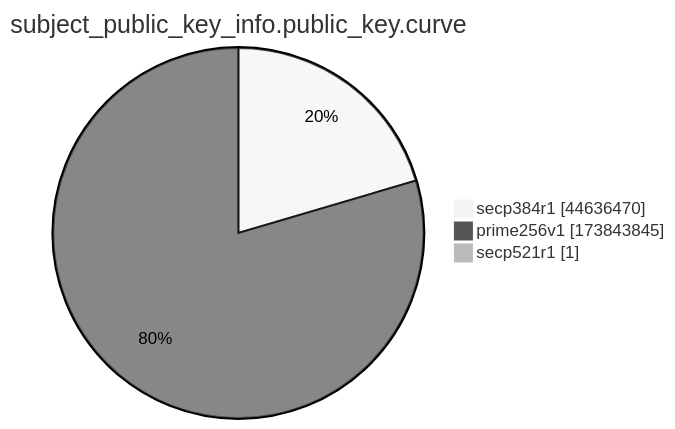
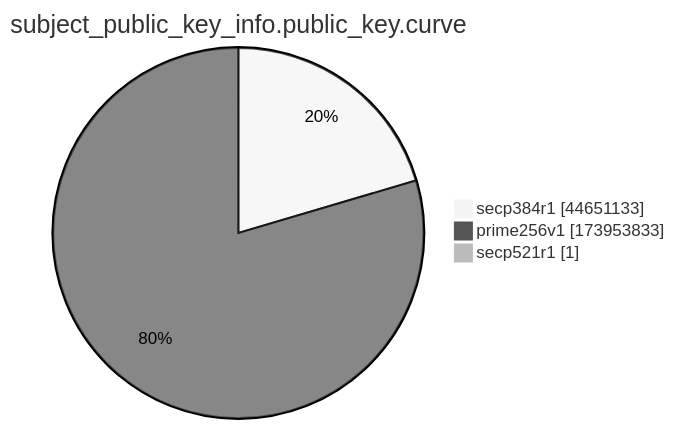
One commit to christiankrug/ctmonitor_visualization changed the ninth of 15 diagrams in xenon2022/README.md. Above: the diagram before and after it, drawn with Mermaid (neutral theme). The commit also changed other lines of this file, not shown here.

````diff
--- a/xenon2022/README.md
+++ b/xenon2022/README.md
@@ -2871,7 +2871,7 @@
 ```mermaid
 pie showData
 title subject_public_key_info.public_key.curve
-"secp384r1" :44636470
-"prime256v1" :173843845
+"secp384r1" :44651133
+"prime256v1" :173953833
 "secp521r1" :1
 ```
````
